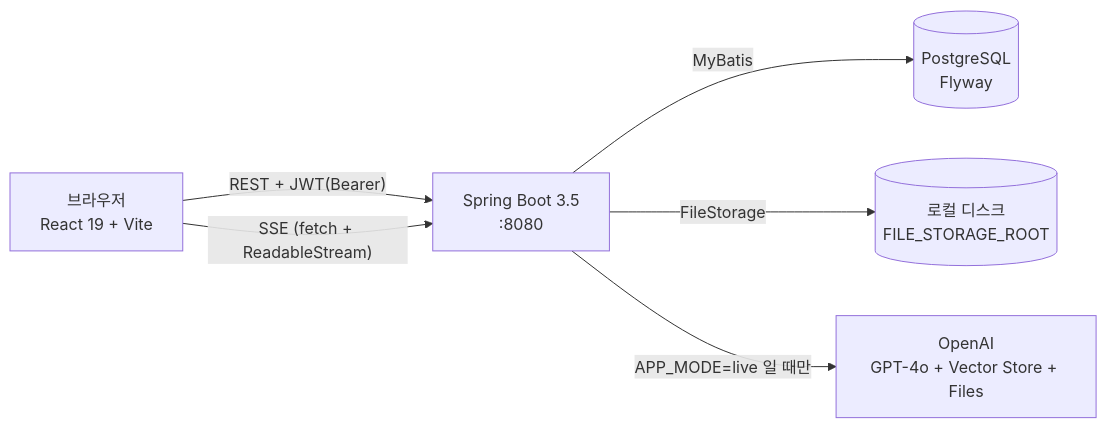
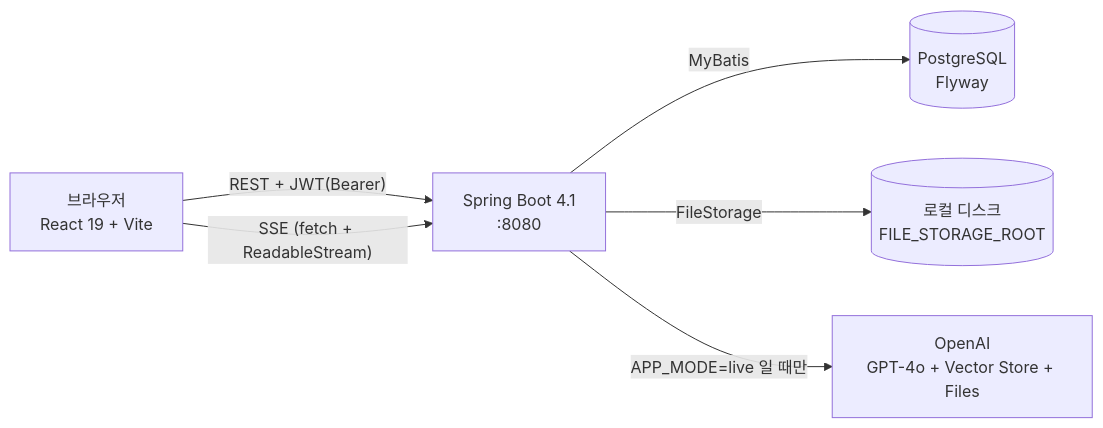
One commit to changs0124/rag-chatbot changed the first of 2 diagrams in docs/02_architecture/overview.md. Above: the diagram before and after it, drawn with Mermaid. The commit also changed other lines of this file and 9 other files, not shown here.

First line of the commit message:
chore(backend): Spring Boot 3.5.16 → 4.1.1 로 올린다 (#50)

````diff
--- a/docs/02_architecture/overview.md
+++ b/docs/02_architecture/overview.md
@@ -9,14 +9,14 @@
 ```mermaid
 flowchart LR
   B["브라우저<br/>React 19 + Vite"]
-  A["Spring Boot 3.5<br/>:8080"]
+  A["Spring Boot 4.1<br/>:8080"]
   D[("PostgreSQL<br/>Flyway")]
   F[("로컬 디스크<br/>FILE_STORAGE_ROOT")]
   O["OpenAI<br/>GPT-4o + Vector Store + Files"]
 
   B -- "REST + JWT(Bearer)" --> A
   B -- "SSE (fetch + ReadableStream)" --> A
   A -- MyBatis --> D
   A -- FileStorage --> F
   A -- "APP_MODE=live 일 때만" --> O
 ```
````
